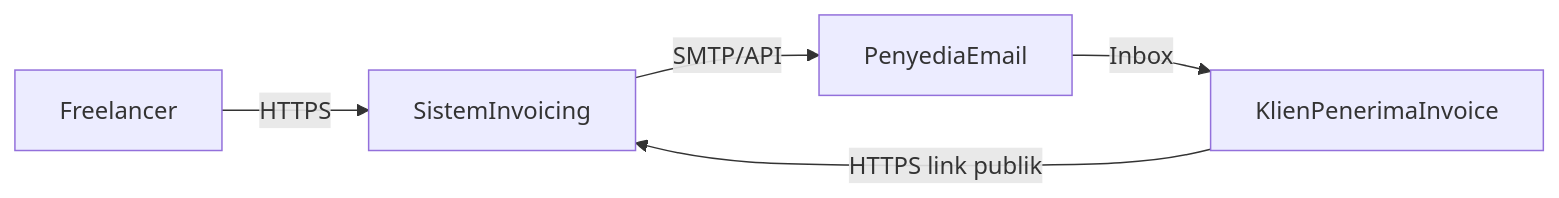
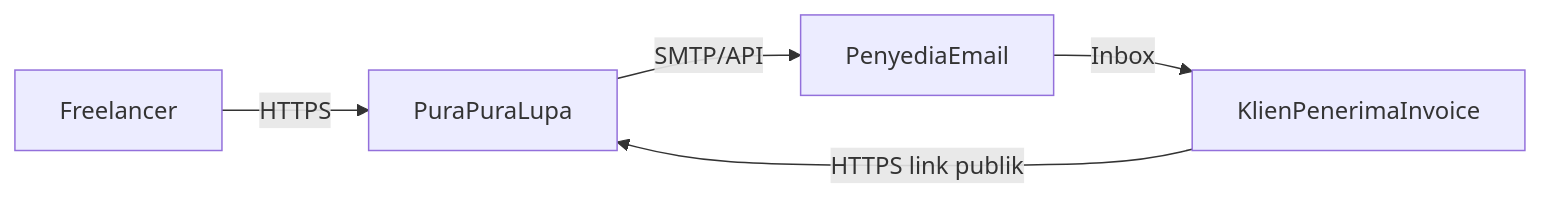
Before and after one commit to Inoeng85/invoicing-agentic: the first of 10 diagrams in docs/invoicing/ARCHITECTURE.md, drawn with Mermaid. The commit also changed other lines of this file and 45 other files, not shown here.

First line of the commit message:
docs: sync PuraPuraLupa brand and FR-14/14h as Must MVP

````diff
--- a/docs/invoicing/ARCHITECTURE.md
+++ b/docs/invoicing/ARCHITECTURE.md
@@ -65,11 +66,11 @@
 ```mermaid
 flowchart LR
   Freelancer[Freelancer]
   Client[KlienPenerimaInvoice]
-  App[SistemInvoicing]
+  App[PuraPuraLupa]
   Email[PenyediaEmail]
   Freelancer -->|HTTPS| App
   Client -->|HTTPS link publik| App
   App -->|SMTP/API| Email
   Email -->|Inbox| Client
 ```
````
